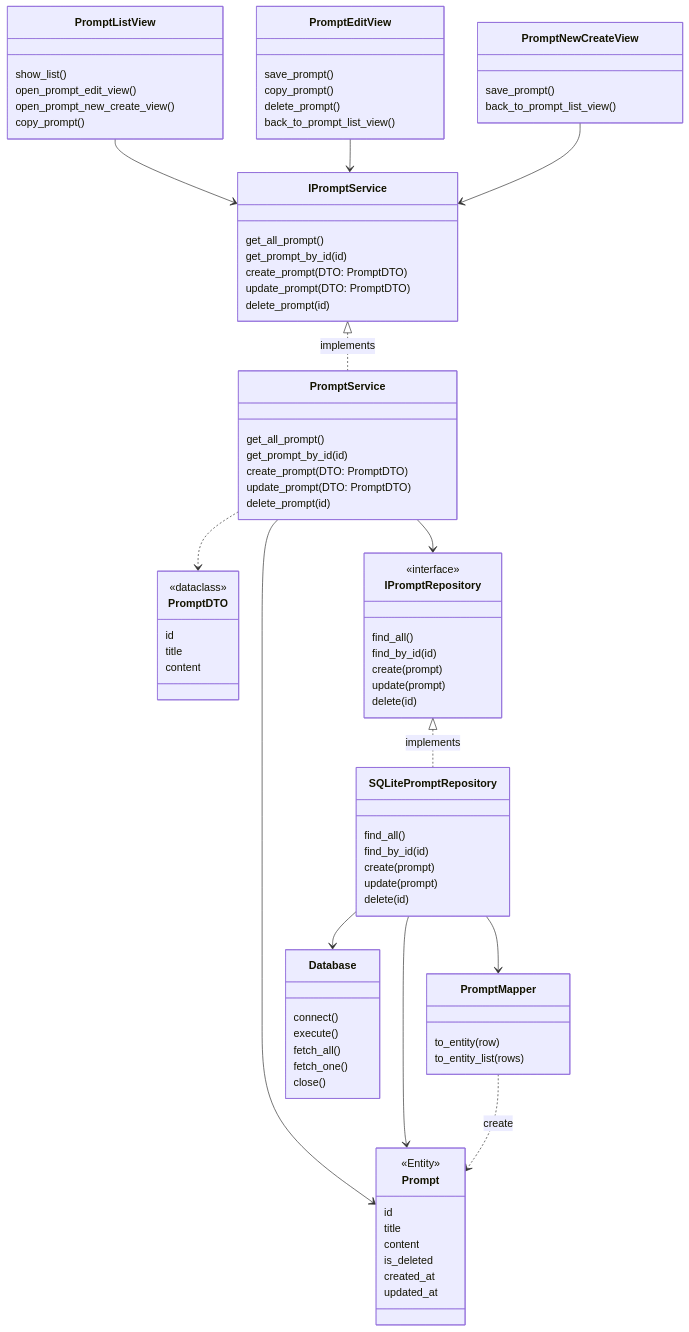
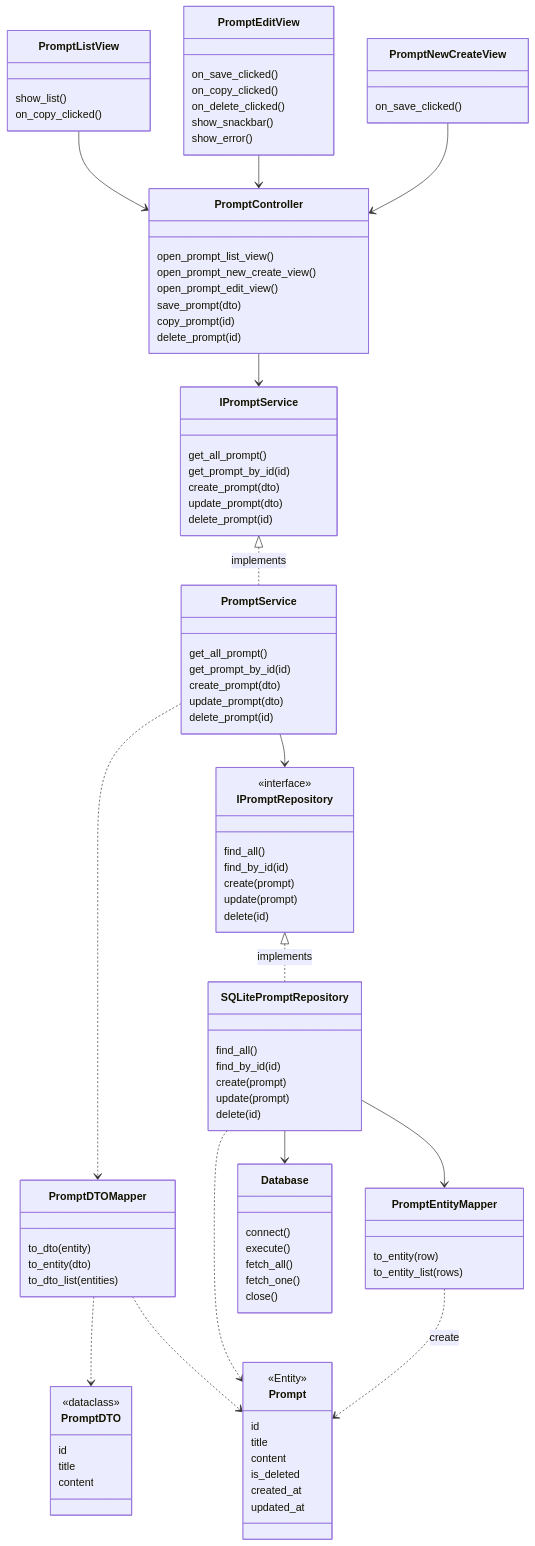
The diagram in docs/05_class_diagram.md (kuronyanko1108/prompt-manager), drawn with Mermaid before and after one commit. The commit also changed 1 other file, not shown here.

Commit message:
クラス図の更新・シーケンス図追加

````diff
--- a/docs/05_class_diagram.md
+++ b/docs/05_class_diagram.md
@@ -3,36 +3,53 @@
 classDiagram
     class PromptListView{
         show_list()
-        open_prompt_edit_view() 
+        on_copy_clicked()
+    }
+
+    class PromptNewCreateView{
+        on_save_clicked()
+    }
+
+    class PromptEditView{
+        on_save_clicked()
+        on_copy_clicked()
+        on_delete_clicked()
+        show_snackbar()
+        show_error()
+    }
+
+    class PromptController{
+        open_prompt_list_view()
         open_prompt_new_create_view()
-        copy_prompt()
+        open_prompt_edit_view()
+        save_prompt(dto)
+        copy_prompt(id)
+        delete_prompt(id)
     }
-    class PromptNewCreateView{
-        save_prompt()
-        back_to_prompt_list_view()
-    }
-    class PromptEditView{
-        save_prompt()
-        copy_prompt()
-        delete_prompt()
-        back_to_prompt_list_view()
-    }
+
+
     class IPromptService{
         get_all_prompt()
         get_prompt_by_id(id)
-        create_prompt(DTO: PromptDTO)
-        update_prompt(DTO: PromptDTO)
+        create_prompt(dto)
+        update_prompt(dto)
         delete_prompt(id)
     }
 
     class PromptService{
         get_all_prompt()
         get_prompt_by_id(id)
-        create_prompt(DTO: PromptDTO)
-        update_prompt(DTO: PromptDTO)
+        create_prompt(dto)
+        update_prompt(dto)
         delete_prompt(id)
     }
 
+        class PromptDTOMapper{
+            to_dto(entity)
+            to_entity(dto)
+            to_dto_list(entities)
+        
+    }
         class PromptDTO{
         <<dataclass>>
         id
@@ -58,7 +75,7 @@
         delete(id)
     }
 
-    class PromptMapper{
+    class PromptEntityMapper{
         to_entity(row)
         to_entity_list(rows)
     }
@@ -84,18 +101,28 @@
 
 
 
-    PromptListView --> IPromptService
-    PromptEditView --> IPromptService
-    PromptNewCreateView --> IPromptService
+    PromptListView --> PromptController
+    PromptEditView --> PromptController
+    PromptNewCreateView --> PromptController
+    
+    PromptController --> IPromptService
     IPromptService <|.. PromptService : implements
-    PromptService ..> PromptDTO
-    PromptService --> Prompt
+    PromptService ..> PromptDTOMapper
+
+    PromptDTOMapper ..> PromptDTO
+    PromptDTOMapper ..> Prompt
+    
+    
     PromptService --> IPromptRepository
+    
     IPromptRepository <|.. SQLitePromptRepository : implements
-    SQLitePromptRepository --> PromptMapper
-    SQLitePromptRepository --> Prompt
-    PromptMapper ..> Prompt : create
+
+    SQLitePromptRepository --> PromptEntityMapper
+    SQLitePromptRepository ..> Prompt
     SQLitePromptRepository --> Database
+    
+    PromptEntityMapper ..> Prompt : create
+    
 
     
 ```
````
